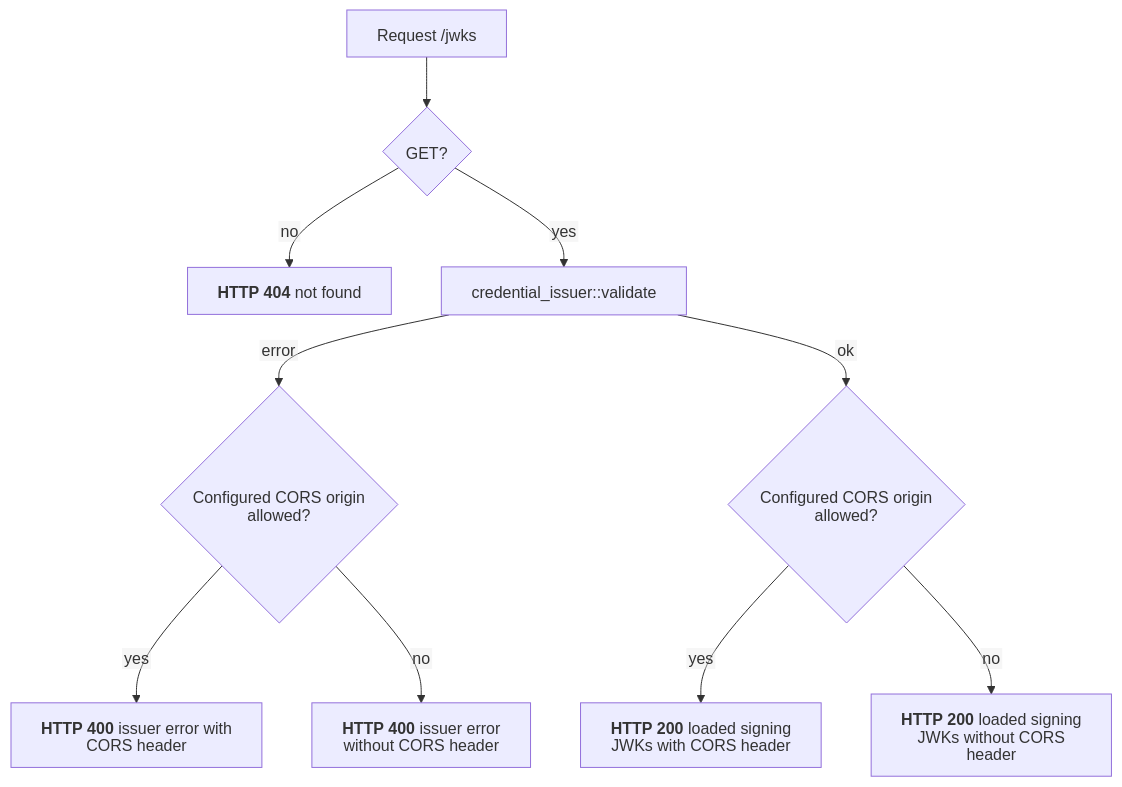
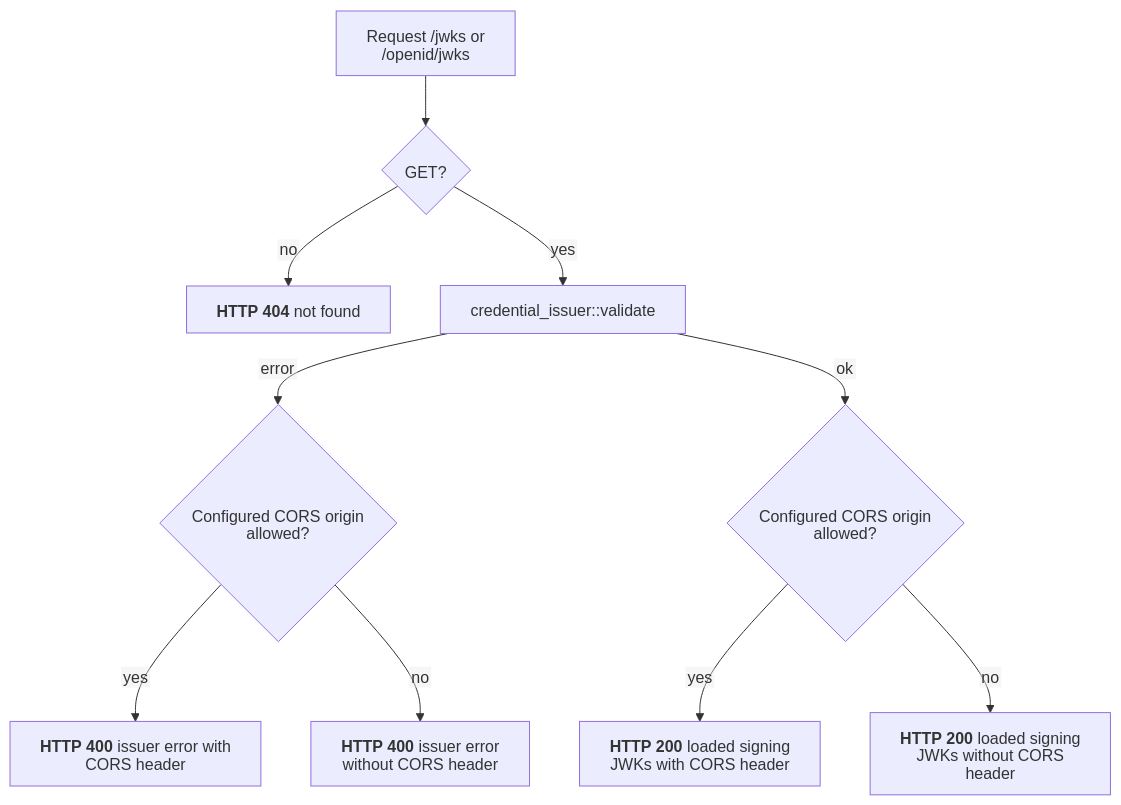
Before and after one commit to malach-it/kagome: the diagram in docs/flows/openid4vci/jwks_endpoint.mmd, drawn with Mermaid. The commit also changed 27 other files, not shown here.

Commit message:
docs: align flow graphs with handler pipelines

```diff
--- a/docs/flows/openid4vci/jwks_endpoint.mmd
+++ b/docs/flows/openid4vci/jwks_endpoint.mmd
@@ -1,11 +1,11 @@
 %%{init: {"htmlLabels": false, "flowchart": {"htmlLabels": false}}}%%
 flowchart TD
-    start[Request /jwks] --> method{GET?}
+    start[Request /jwks or /openid/jwks] --> method{GET?}
     method -- no --> not_found["`**HTTP 404** not found`"]
     method -- yes --> issuer["credential_issuer::validate"]
     issuer -- error --> error_origin{Configured CORS origin allowed?}
     issuer -- ok --> success_origin{Configured CORS origin allowed?}
     error_origin -- yes --> cors_error["`**HTTP 400** issuer error with CORS header`"]
     error_origin -- no --> error["`**HTTP 400** issuer error without CORS header`"]
     success_origin -- yes --> cors_success["`**HTTP 200** loaded signing JWKs with CORS header`"]
     success_origin -- no --> success["`**HTTP 200** loaded signing JWKs without CORS header`"]
```
